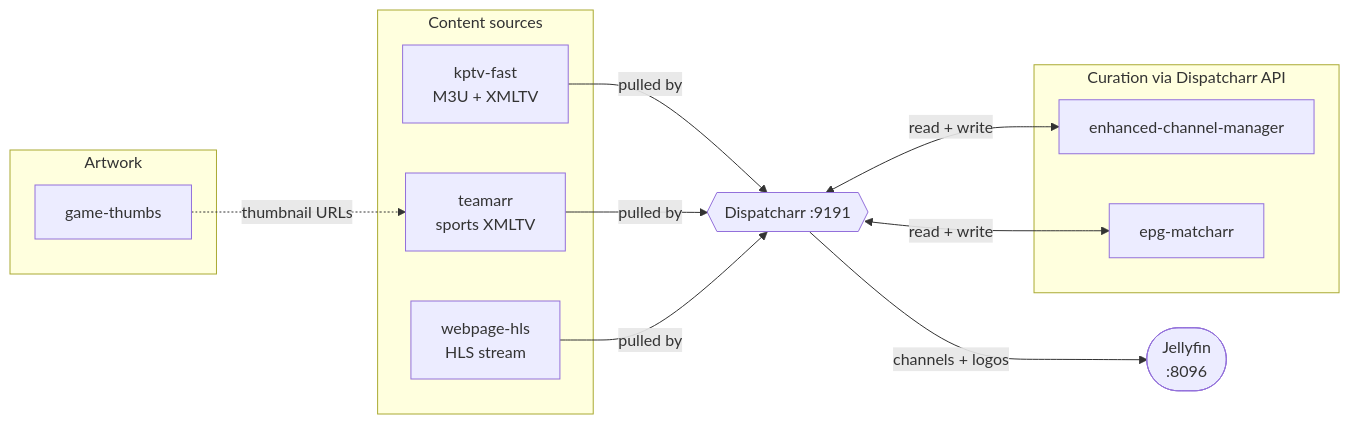
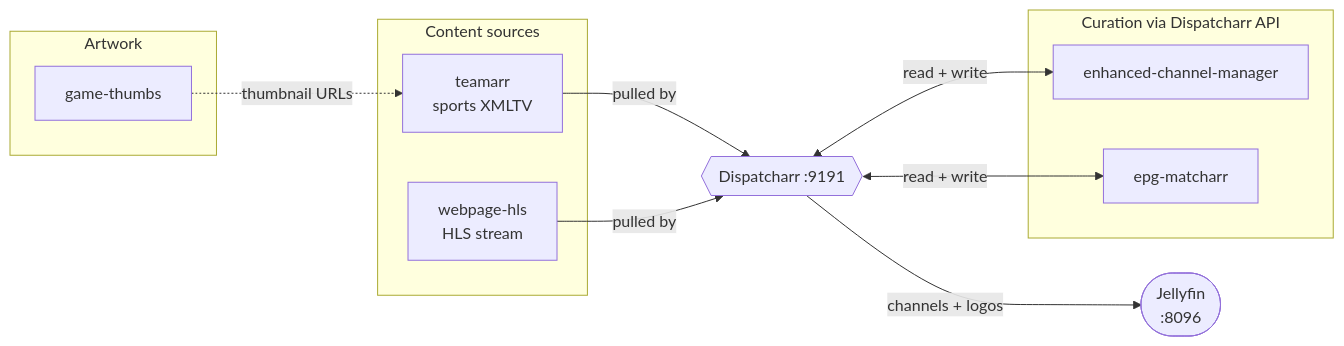
Before and after one commit to ewatkins/talos-cluster: the diagram in kubernetes/apps/media/dispatcharr/tools/README.md, drawn with Mermaid. The commit also changed other lines of this file and 6 other files, not shown here.

First line of the commit message:
feat(dispatcharr): remove kptv-fast

````diff
--- a/kubernetes/apps/media/dispatcharr/tools/README.md
+++ b/kubernetes/apps/media/dispatcharr/tools/README.md
@@ -31,26 +31,25 @@
 ```mermaid
 flowchart LR
     subgraph SRC["Content sources"]
-        KPTV["kptv-fast<br/>M3U + XMLTV"]
         TEAM["teamarr<br/>sports XMLTV"]
         HLS["webpage-hls<br/>HLS stream"]
     end
 
     DISP{{"Dispatcharr :9191"}}
 
     subgraph CUR["Curation via Dispatcharr API"]
         ECM["enhanced-channel-manager"]
         MATCH["epg-matcharr"]
     end
 
     subgraph ART["Artwork"]
         THUMB["game-thumbs"]
     end
 
     JELLY(["Jellyfin<br/>:8096"])
 
-    KPTV & TEAM & HLS -->|pulled by| DISP
+    TEAM & HLS -->|pulled by| DISP
     DISP <-->|read + write| ECM & MATCH
     THUMB -.->|thumbnail URLs| TEAM
     DISP -->|channels + logos| JELLY
 ```
````
